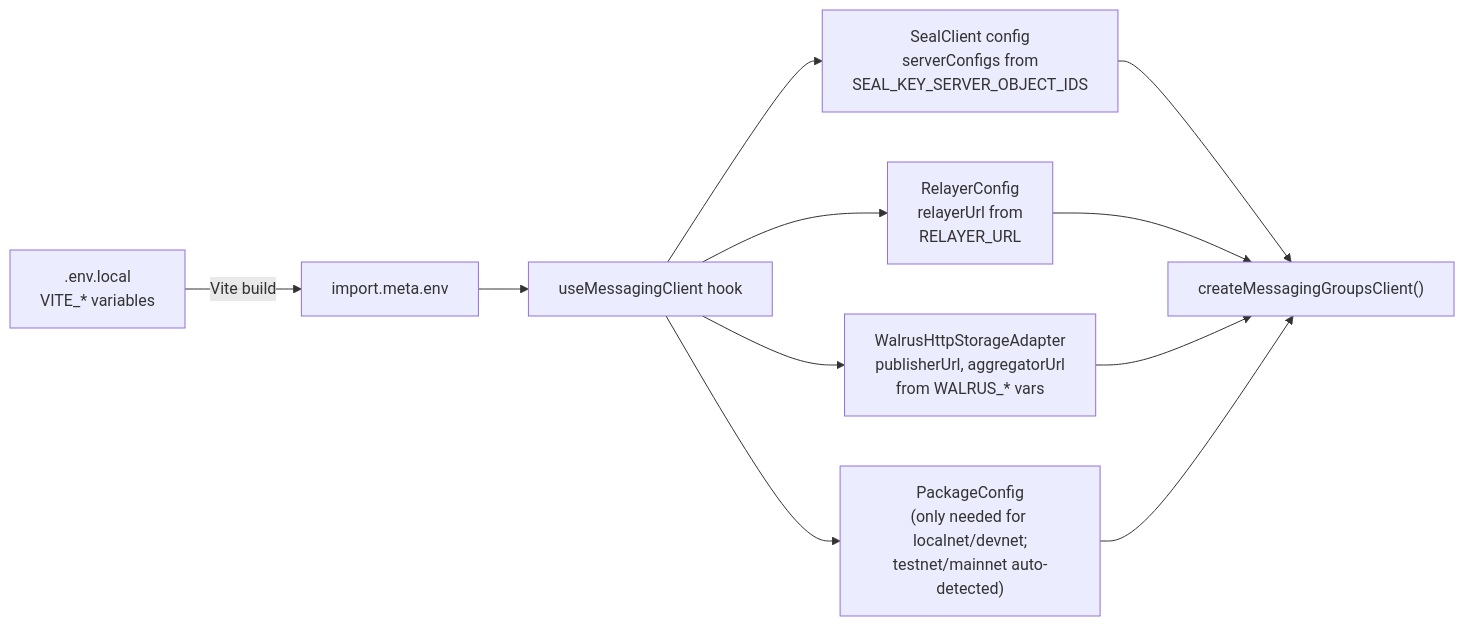
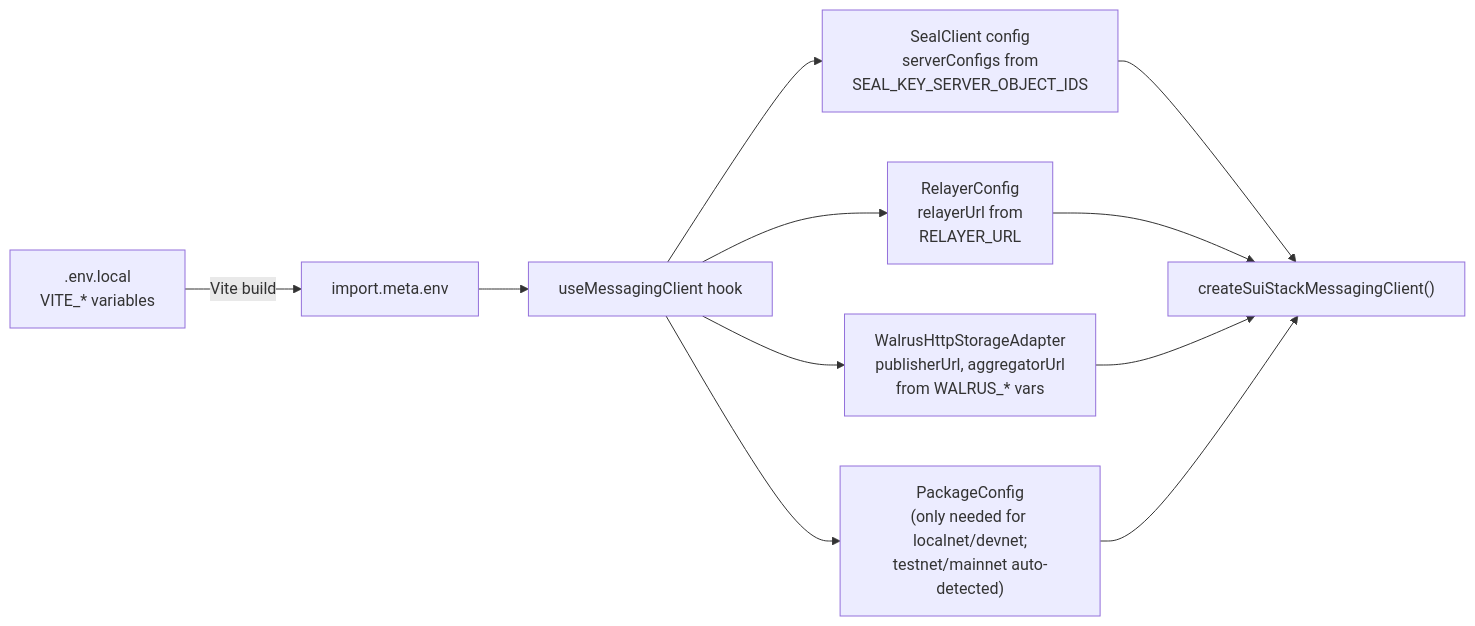
Diagram 18 of 18 in chat-app/docs/SYSTEM_DESIGN.md (MystenLabs/sui-stack-messaging), drawn with Mermaid before and after one commit. The commit also changed other lines of this file and 5 other files, not shown here.

````diff
--- a/chat-app/docs/SYSTEM_DESIGN.md
+++ b/chat-app/docs/SYSTEM_DESIGN.md
@@ -835,15 +835,15 @@
 ```mermaid
 graph LR
     ENV[".env.local<br/>VITE_* variables"] -->|"Vite build"| META["import.meta.env"]
     META --> HOOK["useMessagingClient hook"]
 
     HOOK --> SC_CFG["SealClient config<br/>serverConfigs from<br/>SEAL_KEY_SERVER_OBJECT_IDS"]
     HOOK --> REL_CFG["RelayerConfig<br/>relayerUrl from<br/>RELAYER_URL"]
     HOOK --> WAL_CFG["WalrusHttpStorageAdapter<br/>publisherUrl, aggregatorUrl<br/>from WALRUS_* vars"]
     HOOK --> PKG_CFG["PackageConfig<br/>(only needed for localnet/devnet;<br/>testnet/mainnet auto-detected)"]
 
-    SC_CFG --> FACTORY["createMessagingGroupsClient()"]
+    SC_CFG --> FACTORY["createSuiStackMessagingClient()"]
     REL_CFG --> FACTORY
     WAL_CFG --> FACTORY
     PKG_CFG --> FACTORY
 ```
````
